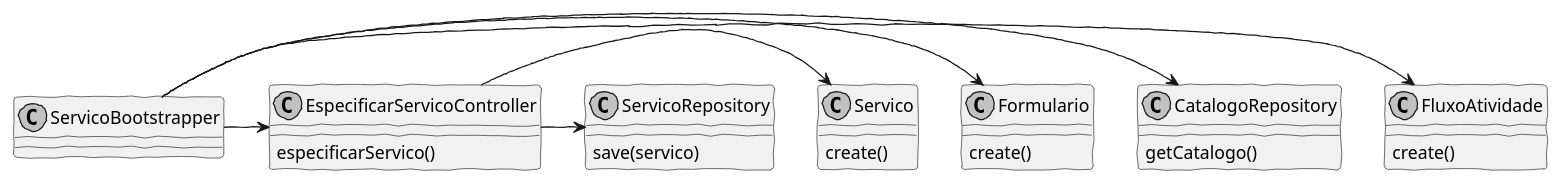
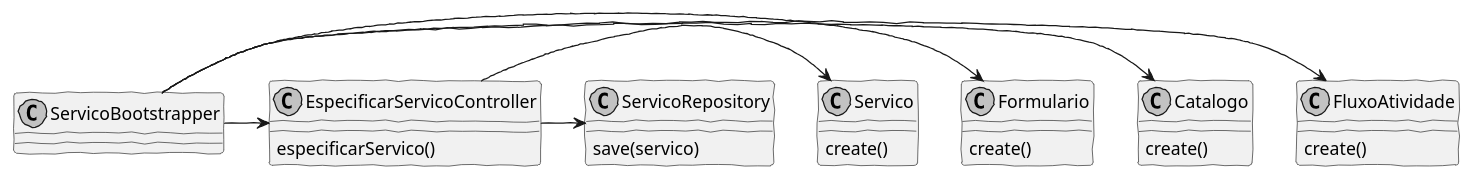
The diagram in docs/Sprint C/1190974/US2104/CD.puml (pedrolemos4/LAPR4), drawn with PlantUML before and after one commit. The commit also changed 6 other files, not shown here.

```diff
--- a/docs/Sprint C/1190974/US2104/CD.puml
+++ b/docs/Sprint C/1190974/US2104/CD.puml
@@ -1,33 +1,33 @@
 @startuml
 
 'http://plantuml.com/skinparam.html
 skinparam handwritten true
 skinparam monochrome true
 skinparam packageStyle rect
 skinparam defaultFontName FG Virgil
 skinparam shadowing false
 
 class FluxoAtividade
-class CatalogoRepository
+class Catalogo
 class Formulario
 class ServicoBootstrapper
 class EspecificarServicoController
 class ServicoRepository
 class Servico
 
 ServicoBootstrapper -> FluxoAtividade
-ServicoBootstrapper -> CatalogoRepository
+ServicoBootstrapper -> Catalogo
 ServicoBootstrapper -> Formulario
 ServicoBootstrapper -> EspecificarServicoController
 
 EspecificarServicoController -> Servico
 EspecificarServicoController -> ServicoRepository
 
-CatalogoRepository : getCatalogo()
+Catalogo : create()
 Formulario : create()
 FluxoAtividade : create()
 EspecificarServicoController : especificarServico()
 Servico : create()
 ServicoRepository : save(servico)
 
 @enduml
```
